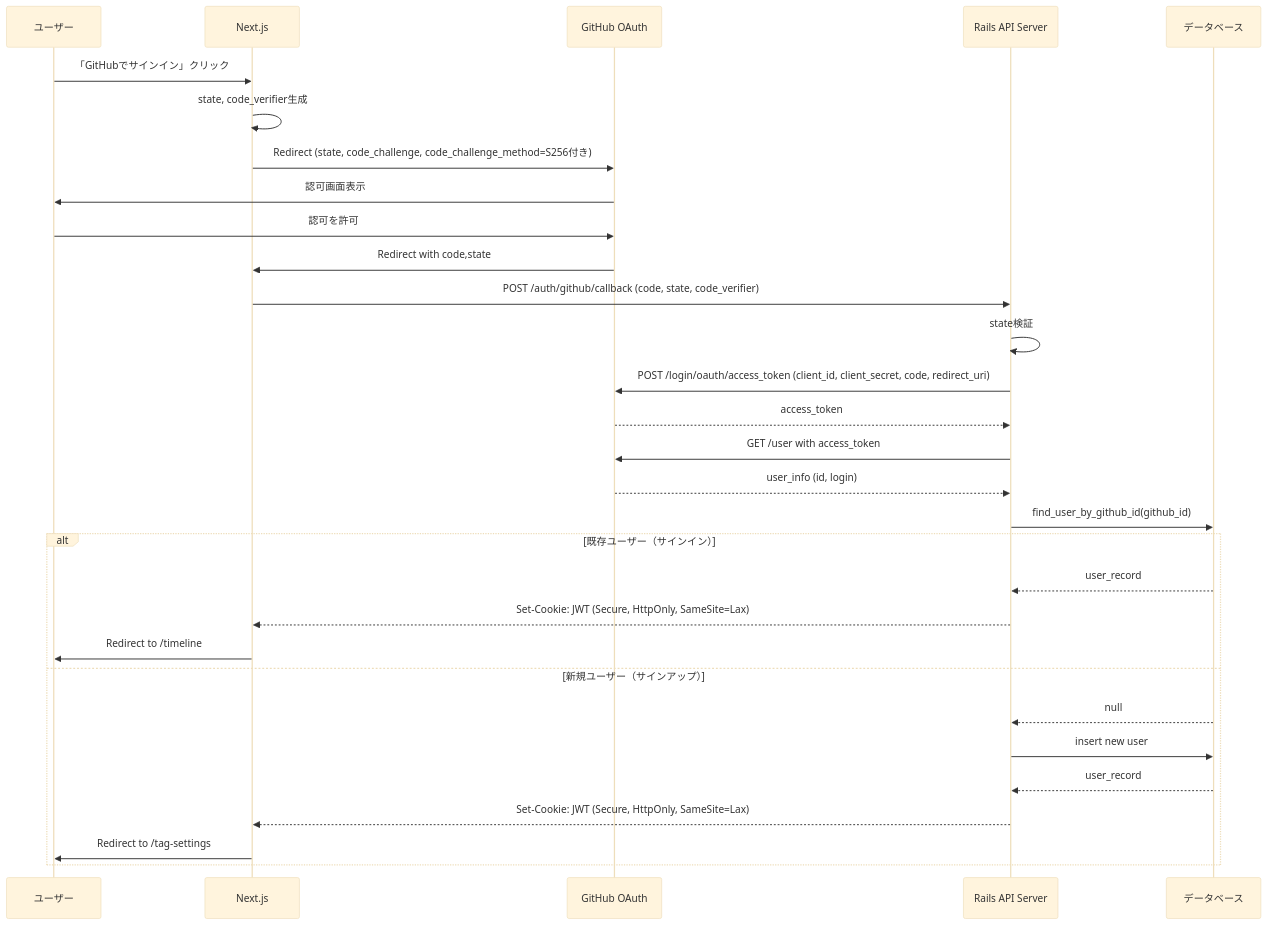
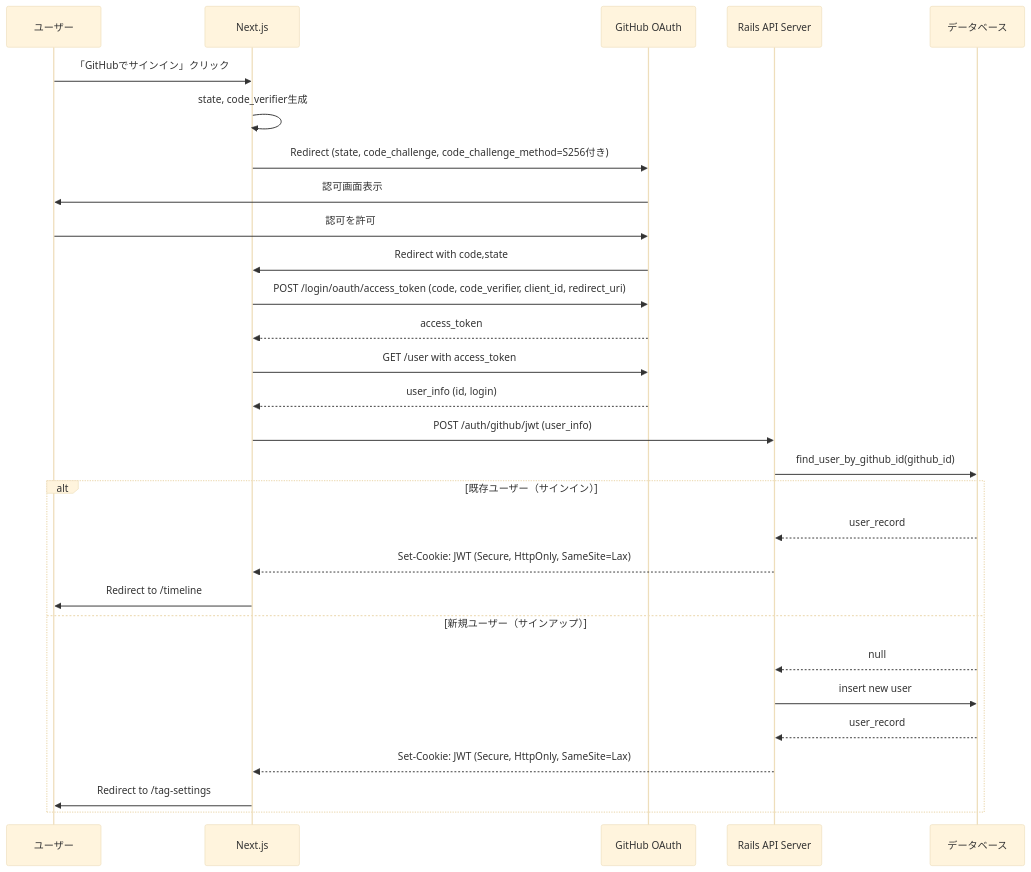
One commit to tsukuneA1/git-feed changed the diagram in signin-sequence.md. Above: the diagram before and after it, drawn with Mermaid (base theme).

Commit message:
fix:PKCE対策

````diff
--- a/signin-sequence.md
+++ b/signin-sequence.md
@@ -1,33 +1,32 @@
 ```mermaid
 sequenceDiagram
     participant User as ユーザー
     participant Frontend as Next.js
     participant GitHub as GitHub OAuth
     participant RailsAPI as Rails API Server
     participant DB as データベース
 
     User ->> Frontend: 「GitHubでサインイン」クリック
     Frontend ->> Frontend: state, code_verifier生成
     Frontend ->> GitHub: Redirect (state, code_challenge, code_challenge_method=S256付き)
     GitHub ->> User: 認可画面表示
     User ->> GitHub: 認可を許可
     GitHub ->> Frontend: Redirect with code,state
-    Frontend ->> RailsAPI: POST /auth/github/callback (code, state, code_verifier)
-    RailsAPI ->> RailsAPI: state検証
-    RailsAPI ->> GitHub: POST /login/oauth/access_token (client_id, client_secret, code, redirect_uri)
-    GitHub -->> RailsAPI: access_token
-    RailsAPI ->> GitHub: GET /user with access_token
-    GitHub -->> RailsAPI: user_info (id, login)
+    Frontend ->> GitHub: POST /login/oauth/access_token (code, code_verifier, client_id, redirect_uri)
+    GitHub -->> Frontend: access_token
+    Frontend ->> GitHub: GET /user with access_token
+    GitHub -->> Frontend: user_info (id, login)
+    Frontend ->> RailsAPI: POST /auth/github/jwt (user_info)
     RailsAPI ->> DB: find_user_by_github_id(github_id)
     alt 既存ユーザー（サインイン）
         DB -->> RailsAPI: user_record
         RailsAPI -->> Frontend: Set-Cookie: JWT (Secure, HttpOnly, SameSite=Lax)
         Frontend ->> User: Redirect to /timeline
     else 新規ユーザー（サインアップ）
         DB -->> RailsAPI: null
         RailsAPI ->> DB: insert new user
         DB -->> RailsAPI: user_record
         RailsAPI -->> Frontend: Set-Cookie: JWT (Secure, HttpOnly, SameSite=Lax)
         Frontend ->> User: Redirect to /tag-settings
     end
 ```
````
